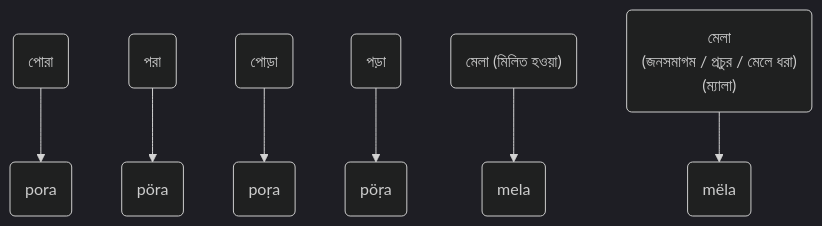
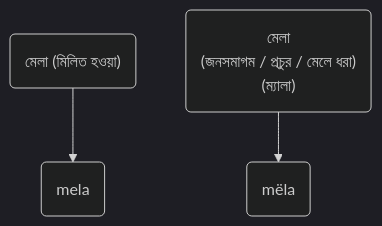
Before and after one commit to KhiproKeyboard/shorolipi: the third of 3 diagrams in README.md, drawn with Mermaid (dark theme).

Commit message:
Add Mermaid flowchart to README
Added a flowchart in Mermaid syntax to illustrate the relationship of terms.

````diff
--- a/README.md
+++ b/README.md
@@ -13,11 +20,7 @@
 ```mermaid
 flowchart TD
-A("পোরা") --> B("pora")
-E("পরা") --> F("pöra")
-G("পোড়া") --> H("poṛa")
-C("পড়া") --> D("pöṛa")
 I("মেলা (মিলিত হওয়া) ") --> J("mela")
 K("মেলা
 (জনসমাগম / প্রচুর / মেলে ধরা)
 (ম্যালা)") --> L("mëla")
 ```
````
